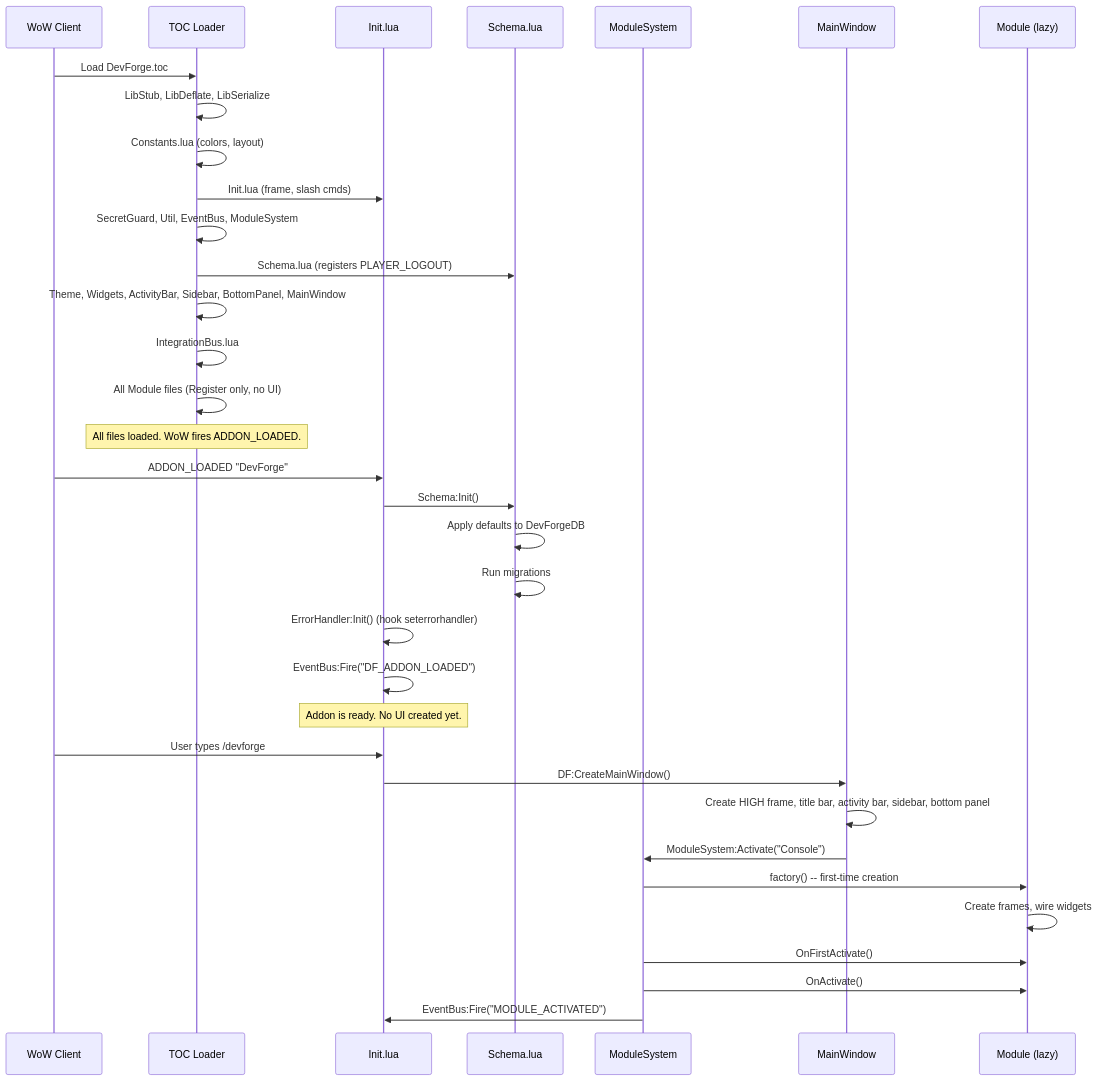
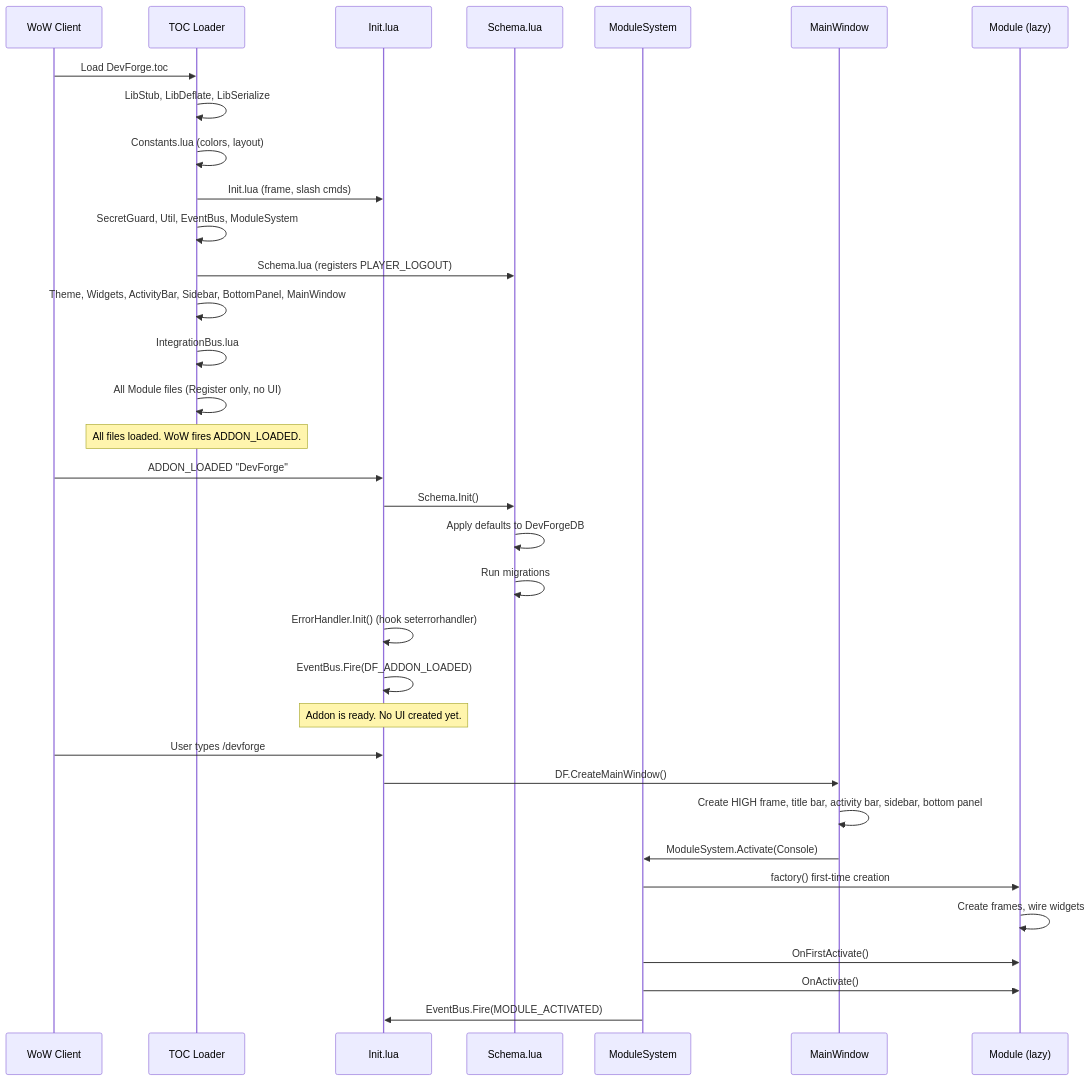
The second of 17 diagrams in ARCHITECTURE.md (hatdragon/DevForge), drawn with Mermaid before and after one commit. The commit also changed other lines of this file, not shown here.

Commit message:
update mermaid diagrams in docs

````diff
--- a/ARCHITECTURE.md
+++ b/ARCHITECTURE.md
@@ -99,42 +99,42 @@
 ```mermaid
 sequenceDiagram
     participant WoW as WoW Client
     participant TOC as TOC Loader
     participant Init as Init.lua
     participant Schema as Schema.lua
     participant MS as ModuleSystem
     participant MW as MainWindow
     participant Mod as Module (lazy)
 
     WoW->>TOC: Load DevForge.toc
     TOC->>TOC: LibStub, LibDeflate, LibSerialize
     TOC->>TOC: Constants.lua (colors, layout)
     TOC->>Init: Init.lua (frame, slash cmds)
     TOC->>TOC: SecretGuard, Util, EventBus, ModuleSystem
     TOC->>Schema: Schema.lua (registers PLAYER_LOGOUT)
     TOC->>TOC: Theme, Widgets, ActivityBar, Sidebar, BottomPanel, MainWindow
     TOC->>TOC: IntegrationBus.lua
     TOC->>TOC: All Module files (Register only, no UI)
 
     Note over TOC: All files loaded. WoW fires ADDON_LOADED.
 
     WoW->>Init: ADDON_LOADED "DevForge"
-    Init->>Schema: Schema:Init()
+    Init->>Schema: Schema.Init()
     Schema->>Schema: Apply defaults to DevForgeDB
     Schema->>Schema: Run migrations
-    Init->>Init: ErrorHandler:Init() (hook seterrorhandler)
-    Init->>Init: EventBus:Fire("DF_ADDON_LOADED")
+    Init->>Init: ErrorHandler.Init() (hook seterrorhandler)
+    Init->>Init: EventBus.Fire(DF_ADDON_LOADED)
 
     Note over Init: Addon is ready. No UI created yet.
 
     WoW->>Init: User types /devforge
-    Init->>MW: DF:CreateMainWindow()
+    Init->>MW: DF.CreateMainWindow()
     MW->>MW: Create HIGH frame, title bar, activity bar, sidebar, bottom panel
-    MW->>MS: ModuleSystem:Activate("Console")
+    MW->>MS: ModuleSystem.Activate(Console)
 
-    MS->>Mod: factory() -- first-time creation
+    MS->>Mod: factory() first-time creation
     Mod->>Mod: Create frames, wire widgets
     MS->>Mod: OnFirstActivate()
     MS->>Mod: OnActivate()
-    MS->>Init: EventBus:Fire("MODULE_ACTIVATED")
+    MS->>Init: EventBus.Fire(MODULE_ACTIVATED)
 ```
````
